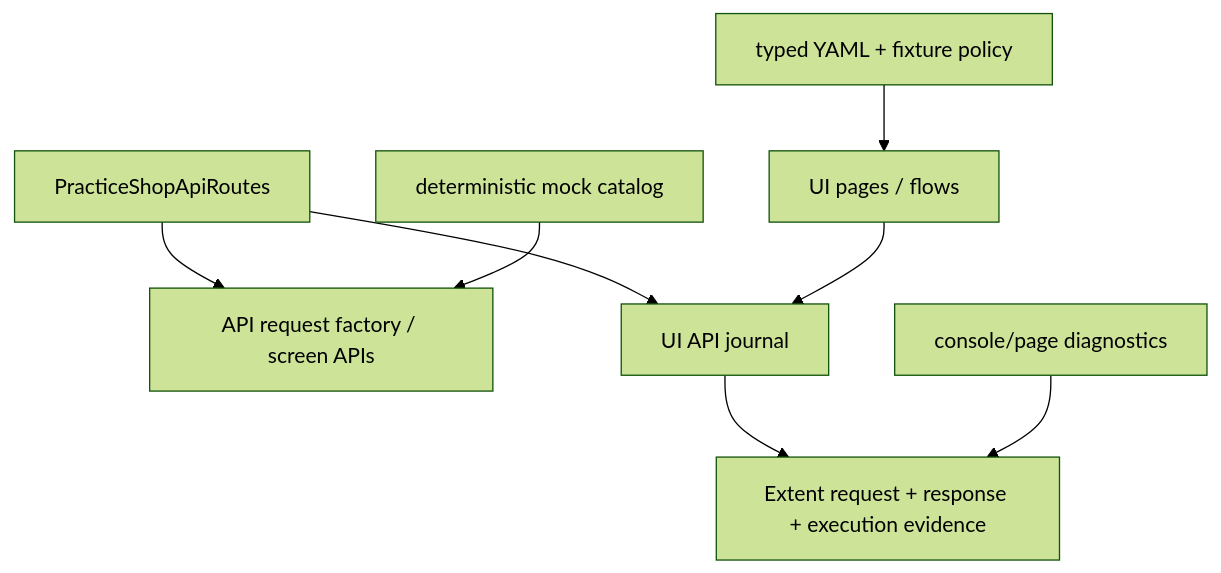
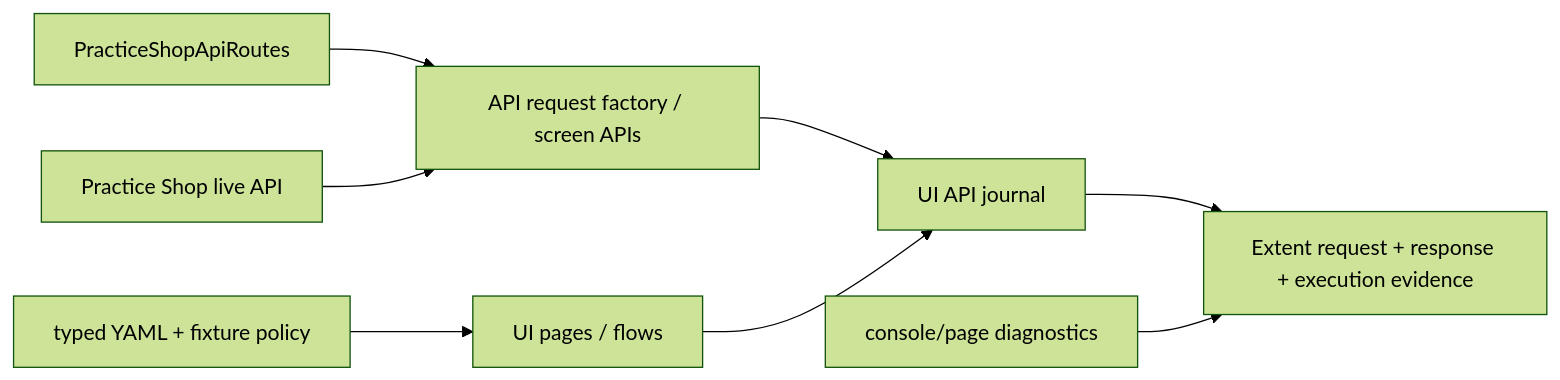
Before and after one commit to crististefanita/demo2: the third of 6 diagrams in docs/feedback/ATF_Practice_Shop_API_Screen_Pyramid_Feedback.md, drawn with Mermaid (forest theme). The commit also changed other lines of this file and 107 other files, not shown here.

Commit message:
Refine Java ATF API reporting and Practice Shop

````diff
--- a/docs/feedback/ATF_Practice_Shop_API_Screen_Pyramid_Feedback.md
+++ b/docs/feedback/ATF_Practice_Shop_API_Screen_Pyramid_Feedback.md
@@ -257,19 +263,10 @@
 ```mermaid
-flowchart TB
-    Config[typed YAML + fixture policy]
-    Routes[PracticeShopApiRoutes]
-    Api[API request factory / screen APIs]
-    Ui[UI pages / flows]
-    Journal[UI API journal]
-    Report[Extent request + response + execution evidence]
-    Diagnostics[console/page diagnostics]
-    Mock[deterministic mock catalog]
-
-    Config --> Ui
-    Routes --> Api
-    Routes --> Journal
-    Mock --> Api
+flowchart LR
+    Config[typed YAML + fixture policy] --> Ui[UI pages / flows]
+    Routes[PracticeShopApiRoutes] --> Api[API request factory / screen APIs]
+    Live[Practice Shop live API] --> Api
+    Api --> Journal[UI API journal]
     Ui --> Journal
-    Journal --> Report
-    Diagnostics --> Report
+    Journal --> Report[Extent request + response + execution evidence]
+    Diagnostics[console/page diagnostics] --> Report
 ```
````
